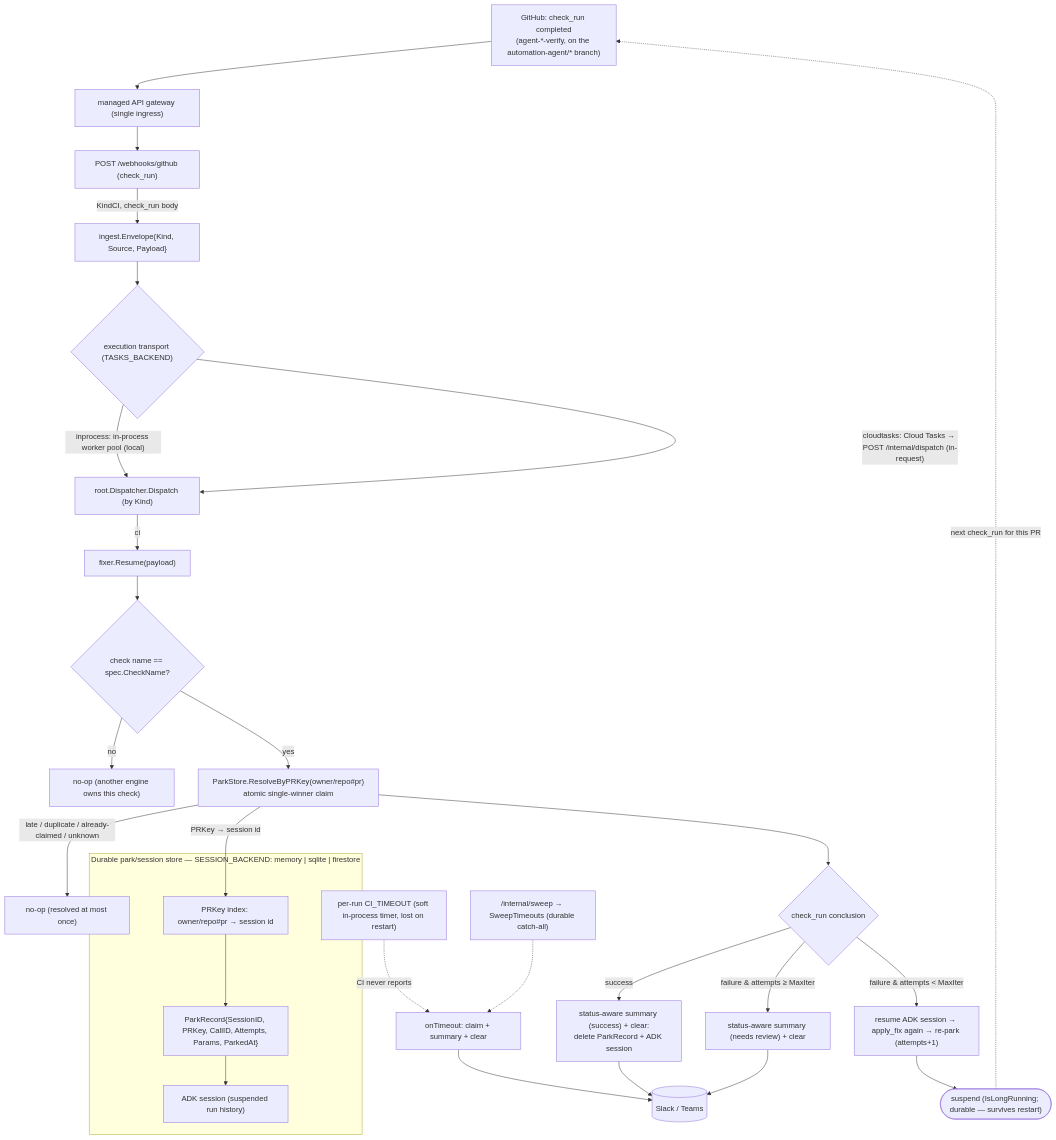
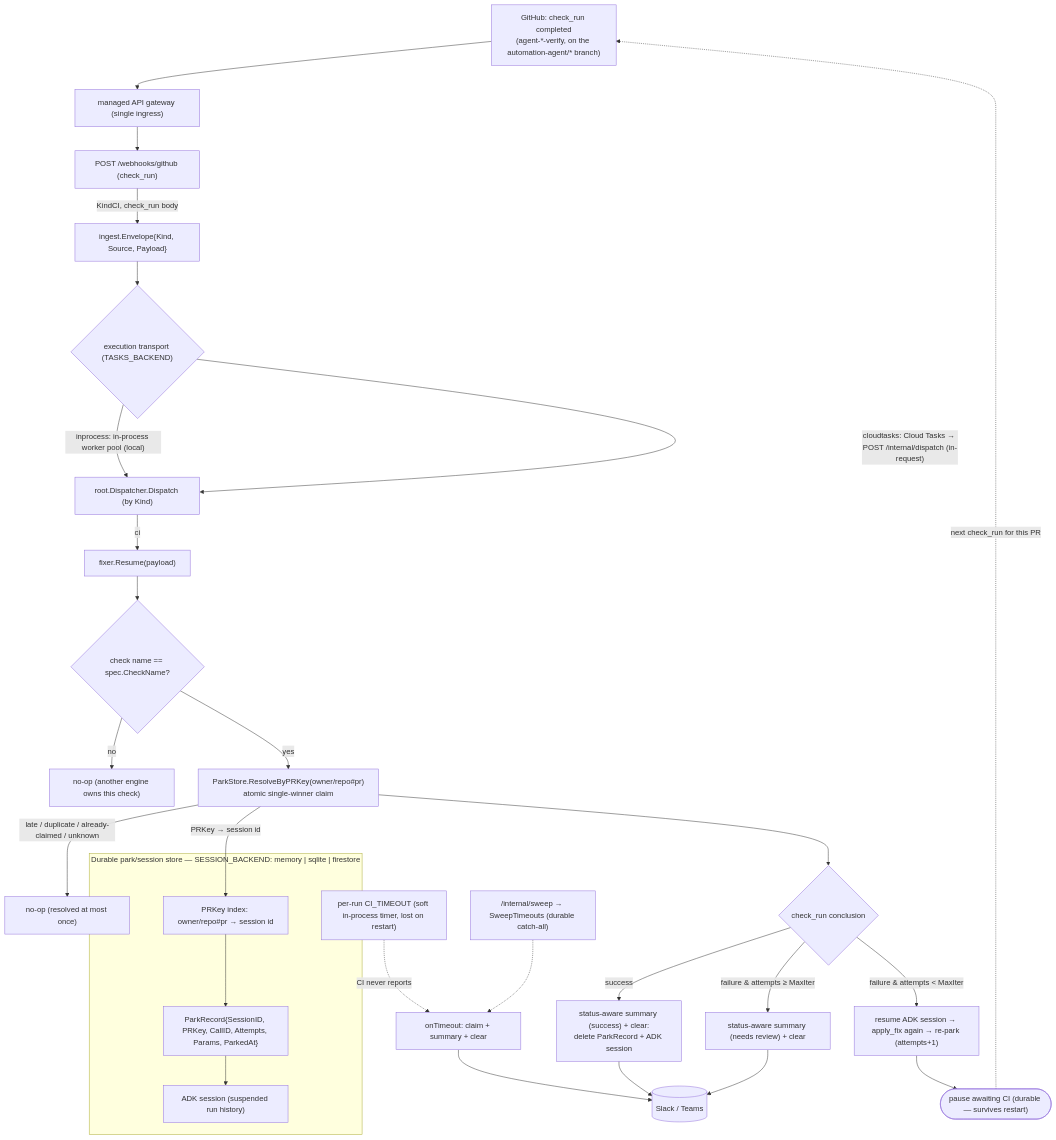
One commit to jkjamies/automation-agent changed the second of 2 diagrams in AGENTS.md. Above: the diagram before and after it, drawn with Mermaid. The commit also changed other lines of this file and 12 other files, not shown here.

````diff
--- a/AGENTS.md
+++ b/AGENTS.md
@@ -89,35 +93,35 @@
 ```mermaid
 flowchart TD
     CR["GitHub: check_run completed<br/>(agent-*-verify, on the automation-agent/* branch)"] --> GW["managed API gateway (single ingress)"]
     GW --> WCI["POST /webhooks/github (check_run)"]
     WCI -->|"KindCI, check_run body"| Env["ingest.Envelope{Kind, Source, Payload}"]
     Env --> TX{"execution transport (TASKS_BACKEND)"}
     TX -->|"inprocess: in-process worker pool (local)"| Disp
     TX -->|"cloudtasks: Cloud Tasks → POST /internal/dispatch (in-request)"| Disp
     Disp["root.Dispatcher.Dispatch (by Kind)"] -->|ci| RES["fixer.Resume(payload)"]
 
     RES --> NM{"check name == spec.CheckName?"}
     NM -->|no| NOOP["no-op (another engine owns this check)"]
     NM -->|yes| CLAIM["ParkStore.ResolveByPRKey(owner/repo#pr)<br/>atomic single-winner claim"]
     CLAIM -->|"late / duplicate / already-claimed / unknown"| NOOP2["no-op (resolved at most once)"]
 
     subgraph Store["Durable park/session store — SESSION_BACKEND: memory | sqlite | firestore"]
         PRK["PRKey index: owner/repo#pr → session id"] --> REC["ParkRecord{SessionID, PRKey, CallID, Attempts, Params, ParkedAt}"]
         REC --> SESS["ADK session (suspended run history)"]
     end
     CLAIM -->|"PRKey → session id"| PRK
 
     CLAIM --> CONC{check_run conclusion}
     CONC -->|success| OK["status-aware summary (success) + clear:<br/>delete ParkRecord + ADK session"]
     CONC -->|"failure & attempts ≥ MaxIter"| REV["status-aware summary (needs review) + clear"]
     CONC -->|"failure & attempts < MaxIter"| RT["resume ADK session → apply_fix again → re-park (attempts+1)"]
-    RT --> SUS(["suspend (IsLongRunning; durable — survives restart)"])
+    RT --> SUS(["pause awaiting CI (durable — survives restart)"])
     SUS -.->|"next check_run for this PR"| CR
 
     TO["per-run CI_TIMEOUT (soft in-process timer, lost on restart)"] -.->|"CI never reports"| FREE["onTimeout: claim + summary + clear"]
     SW["/internal/sweep → SweepTimeouts (durable catch-all)"] -.-> FREE
 
     OK --> Chat[("Slack / Teams")]
     REV --> Chat
     FREE --> Chat
 ```
````
